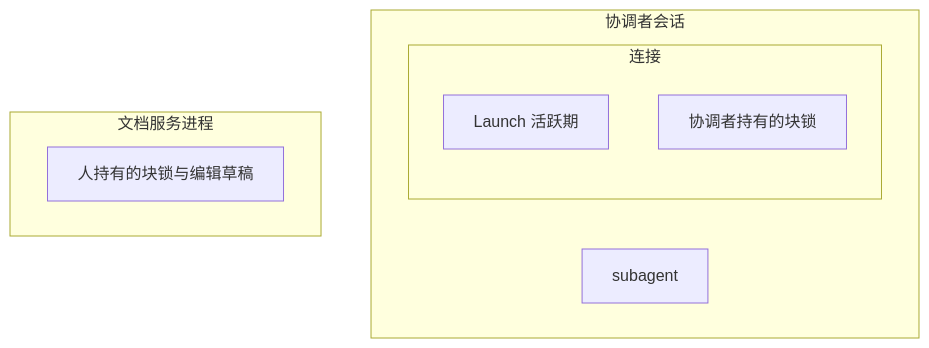
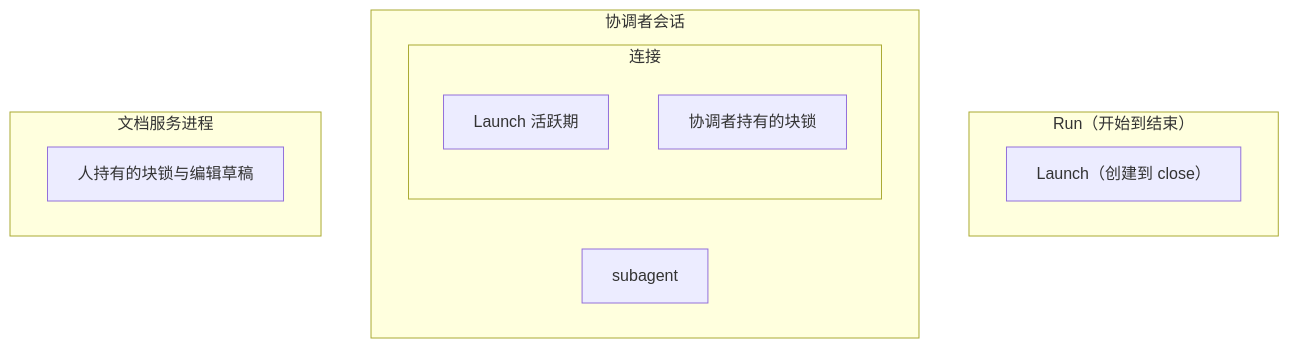
The second of 4 diagrams in design/README.md (mouriya-s-lab/tern-playbooks), drawn with Mermaid before and after one commit. The commit also changed other lines of this file and 5 other files, not shown here.

Commit message:
design: templates and runs, run timeline and records, block-result references; usage scenarios U1-U4

````diff
--- a/design/README.md
+++ b/design/README.md
@@ -212,13 +248,16 @@
 ```mermaid
 flowchart TB
+  subgraph RunLife["Run（开始到结束）"]
+    LaunchLife["Launch（创建到 close）"]
+  end
   subgraph CoordLife["协调者会话"]
     subgraph Conn["连接"]
       Active["Launch 活跃期"]
       AgentLock["协调者持有的块锁"]
     end
     SubLife["subagent"]
   end
   subgraph DocLife["文档服务进程"]
     HumanLock["人持有的块锁与编辑草稿"]
   end
 ```
````
